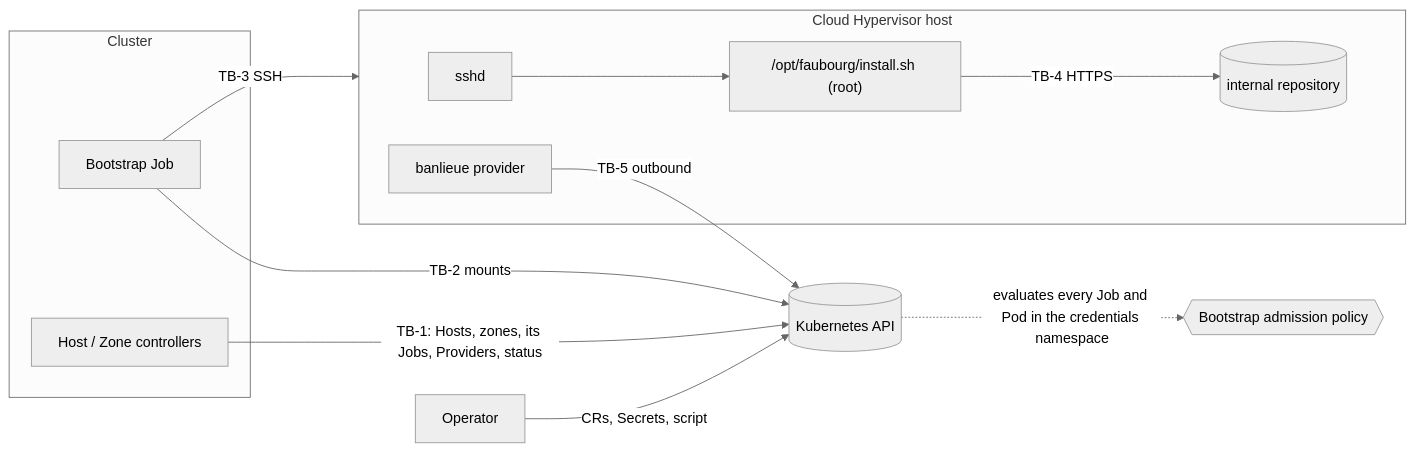
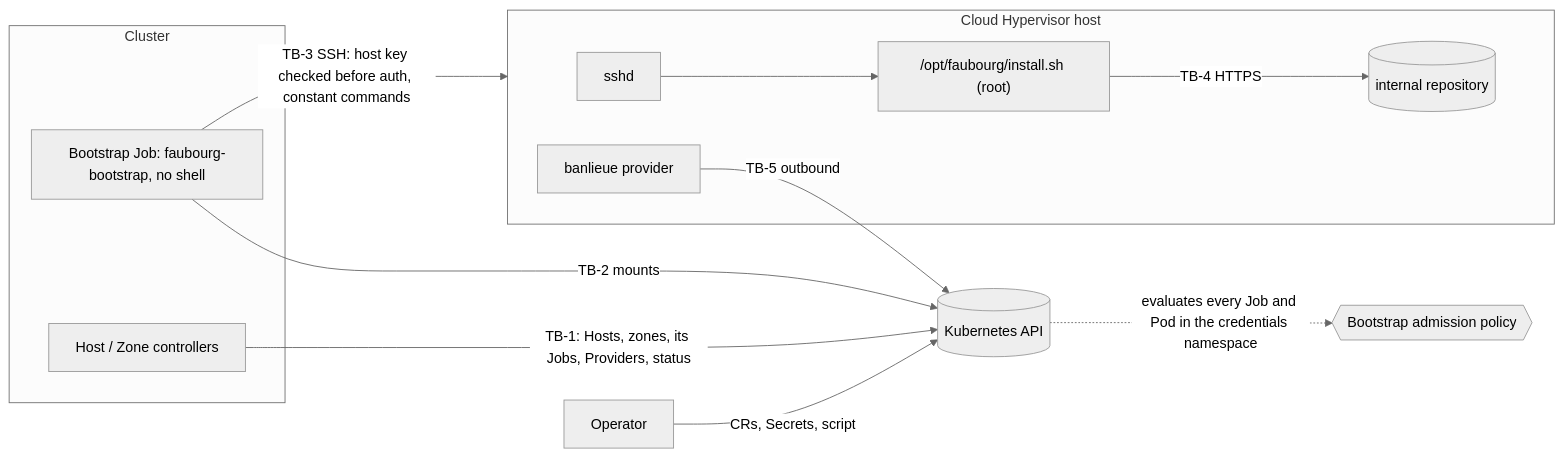
One commit to firestoned/faubourg changed the diagram in docs/security/threat-model.md. Above: the diagram before and after it, drawn with Mermaid (neutral theme). The commit also changed other lines of this file and 30 other files, not shown here.

````diff
--- a/docs/security/threat-model.md
+++ b/docs/security/threat-model.md
@@ -79,18 +80,18 @@
 ```mermaid
 flowchart LR
     op[Operator] -->|CRs, Secrets, script| kube[(Kubernetes API)]
     subgraph cluster [Cluster]
         ctl[Host / Zone controllers]
-        job[Bootstrap Job]
+        job[Bootstrap Job: faubourg-bootstrap, no shell]
     end
     kube -.->|evaluates every Job and Pod in the credentials namespace| vap{{Bootstrap admission policy}}
     ctl -->|TB-1: Hosts, zones, its Jobs, Providers, status| kube
     job -->|TB-2 mounts| kube
-    job -->|TB-3 SSH| host
+    job -->|TB-3 SSH: host key checked before auth, constant commands| host
     subgraph host [Cloud Hypervisor host]
         sshd[sshd] --> script["/opt/faubourg/install.sh (root)"]
         script -->|TB-4 HTTPS| repo[(internal repository)]
         prov[banlieue provider]
     end
     prov -->|TB-5 outbound| kube
 ```
````
